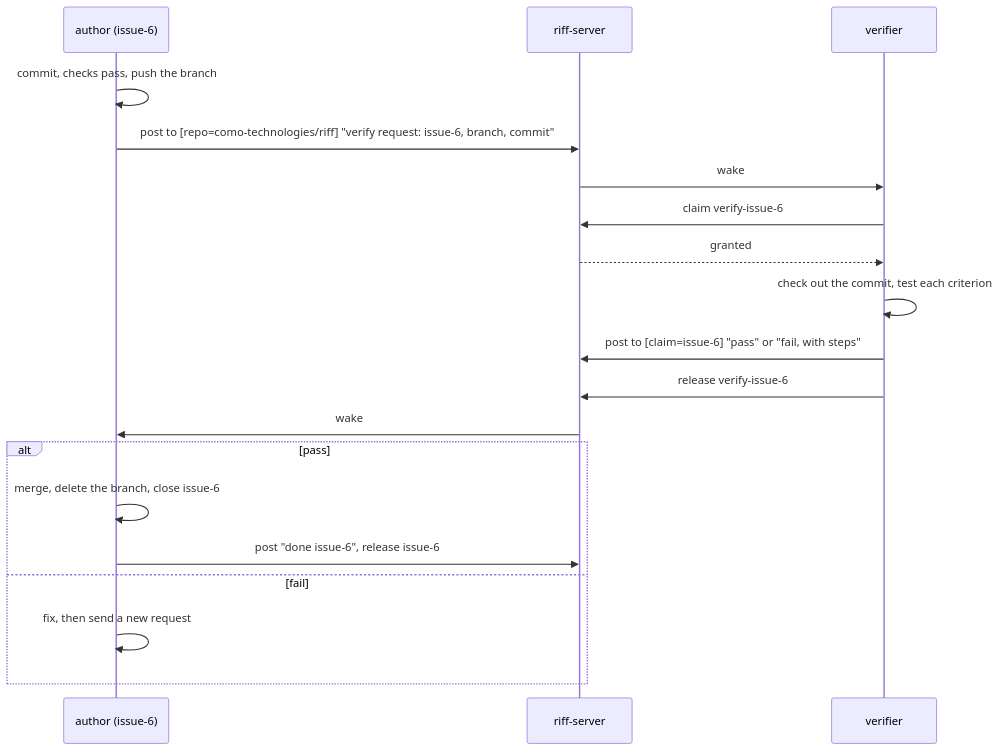
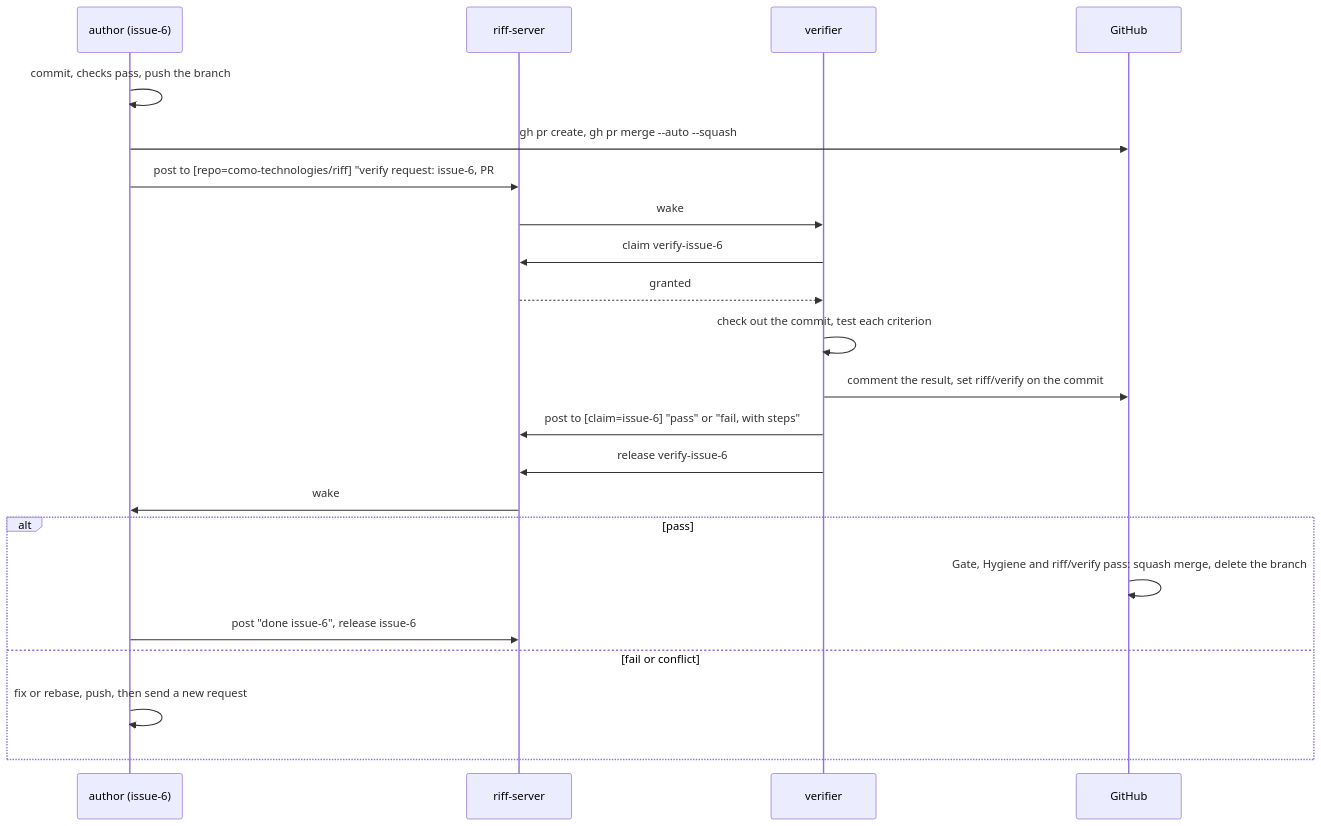
The ninth of 22 diagrams in docs/src/how-it-works.md (como-technologies/riff), drawn with Mermaid before and after one commit. The commit also changed other lines of this file and 13 other files, not shown here.

First line of the commit message:
Merge verified work by pull request with auto-merge (#92)

````diff
--- a/docs/src/how-it-works.md
+++ b/docs/src/how-it-works.md
@@ -307,21 +313,24 @@
 ```mermaid
 sequenceDiagram
     participant A as author (issue-6)
     participant E as riff-server
     participant V as verifier
+    participant G as GitHub
     A->>A: commit, checks pass, push the branch
-    A->>E: post to [repo=como-technologies/riff] "verify request: issue-6, branch, commit"
+    A->>G: gh pr create, gh pr merge --auto --squash
+    A->>E: post to [repo=como-technologies/riff] "verify request: issue-6, PR #40, commit"
     E->>V: wake
     V->>E: claim verify-issue-6
     E-->>V: granted
     V->>V: check out the commit, test each criterion
+    V->>G: comment the result, set riff/verify on the commit
     V->>E: post to [claim=issue-6] "pass" or "fail, with steps"
     V->>E: release verify-issue-6
     E->>A: wake
     alt pass
-        A->>A: merge, delete the branch, close issue-6
+        G->>G: Gate, Hygiene and riff/verify pass: squash merge, delete the branch
         A->>E: post "done issue-6", release issue-6
-    else fail
-        A->>A: fix, then send a new request
+    else fail or conflict
+        A->>A: fix or rebase, push, then send a new request
     end
 ```
````
